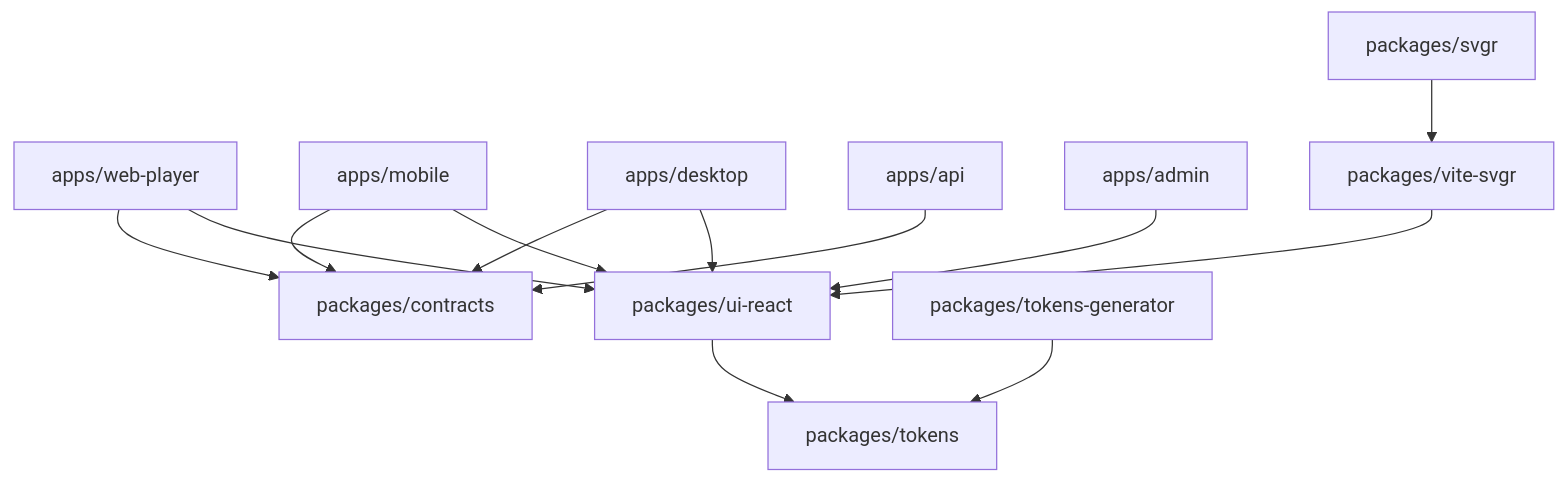
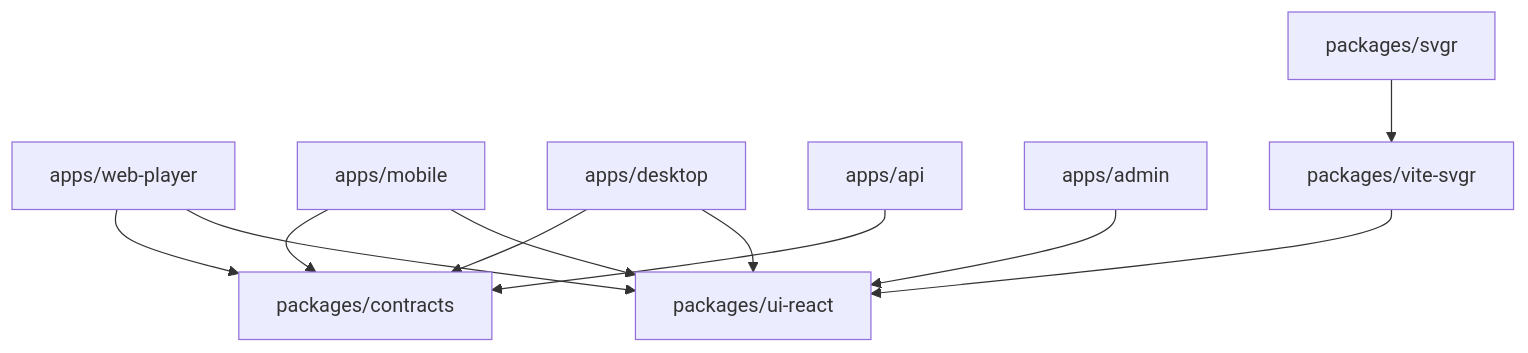
Before and after one commit to Lordpluha/spotify-clone: the third of 5 diagrams in apps/docs/docs/getting-started/architecture.md, drawn with Mermaid. The commit also changed other lines of this file and 500 other files, not shown here.

````diff
--- a/apps/docs/docs/getting-started/architecture.md
+++ b/apps/docs/docs/getting-started/architecture.md
@@ -140,15 +138,13 @@
 ```mermaid
 graph TD
     A[apps/web-player] --> B[packages/ui-react]
     C[apps/mobile] --> B
     D[apps/desktop] --> B
     A --> E[packages/contracts]
     C --> E
     D --> E
     F[apps/api] --> E
     G[apps/admin] --> B
-    B --> H[packages/tokens]
-    I[packages/tokens-generator] --> H
     J[packages/vite-svgr] --> B
     K[packages/svgr] --> J
 ```
````
